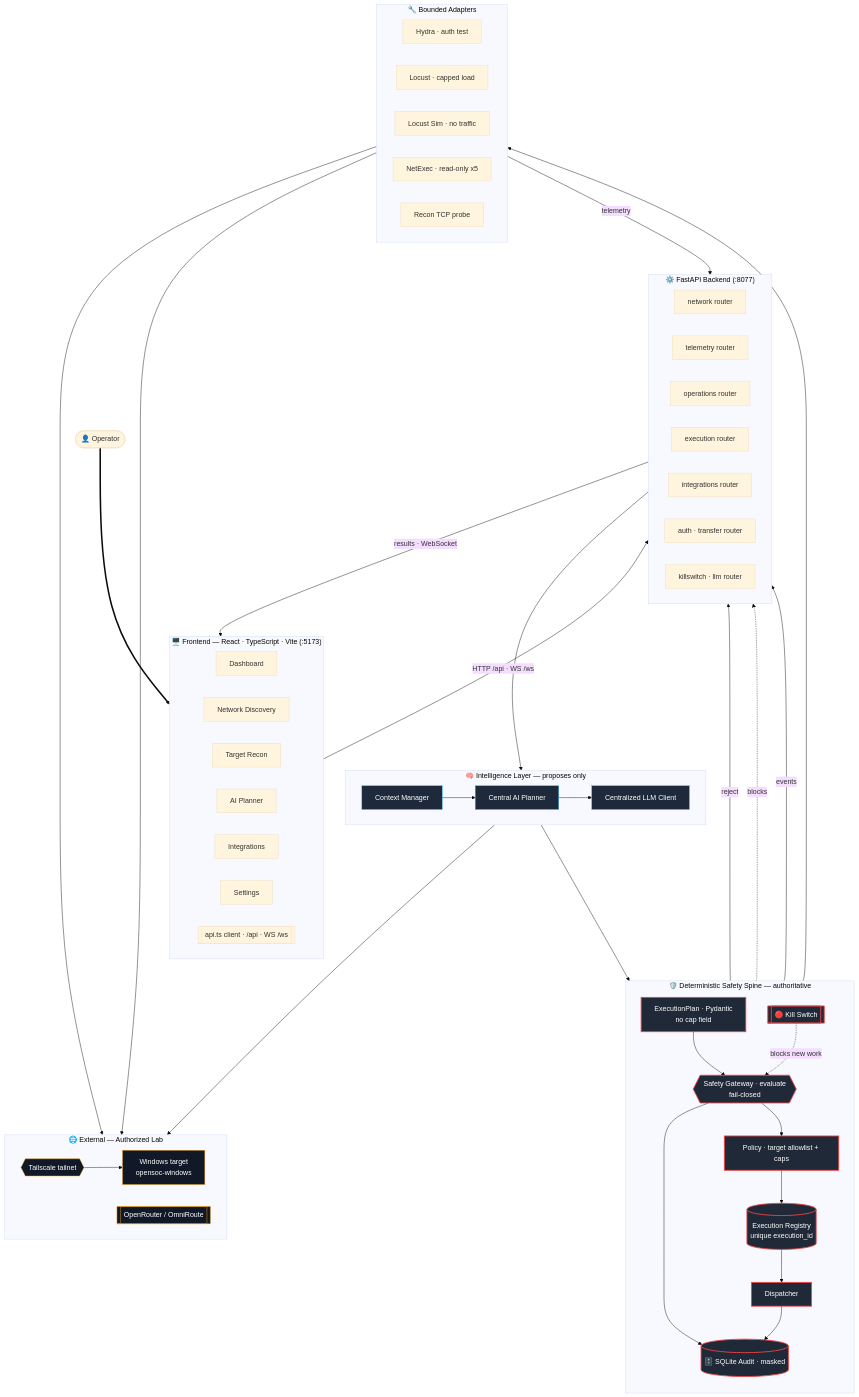
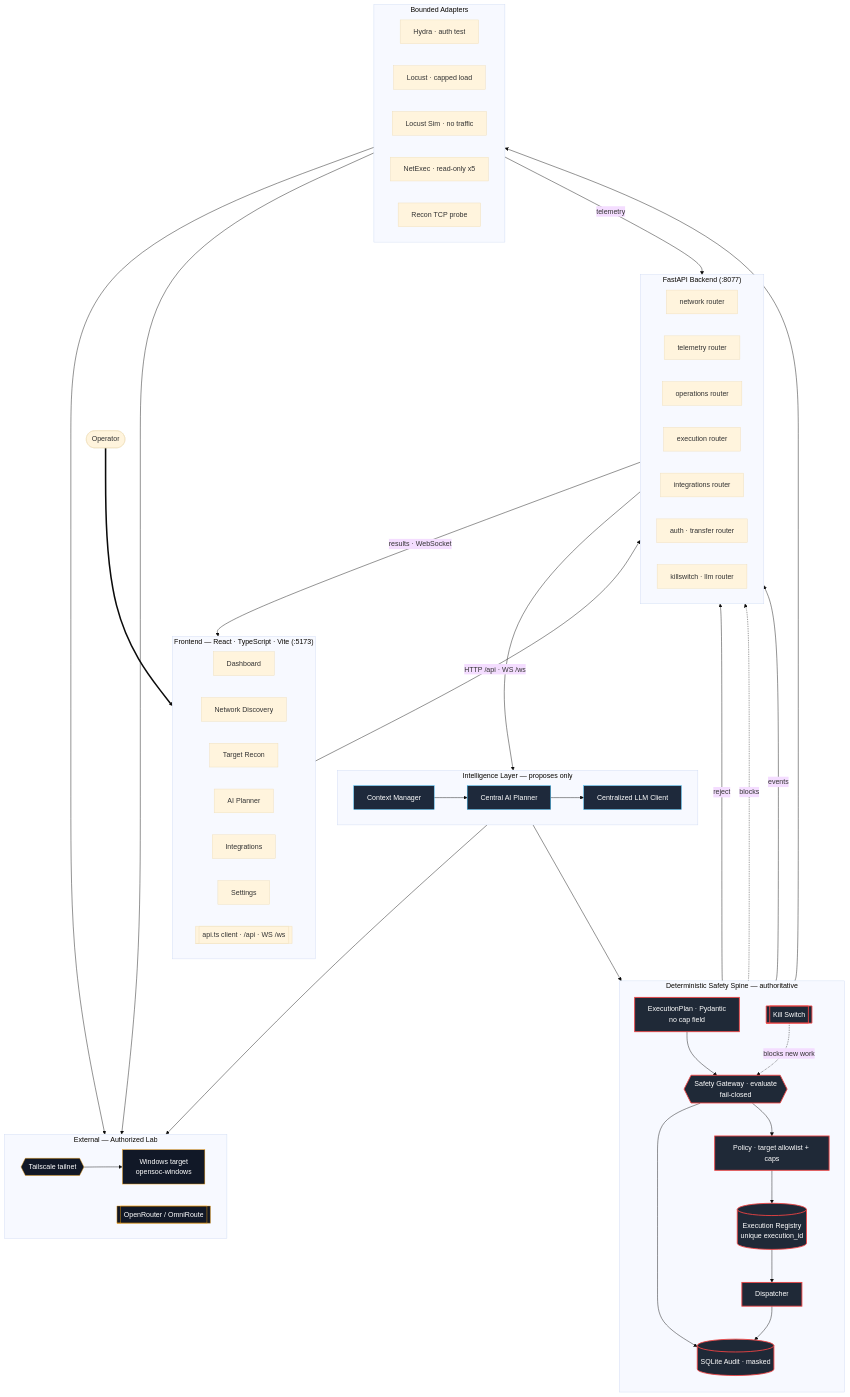
Before and after one commit to Satya37x1112/red-team-chakravyuh: the diagram in README.md, drawn with Mermaid (base theme). The commit also changed other lines of this file, not shown here.

First line of the commit message:
docs(readme): remove all diagram icons; add request lifecycle, execution-state, and design-principle sections

````diff
--- a/README.md
+++ b/README.md
@@ -27,8 +27,8 @@
 ```mermaid
 flowchart TB
-  Operator([👤 Operator])
+  Operator([Operator])
 
-  subgraph FE["🖥️  Frontend — React · TypeScript · Vite (:5173)"]
+  subgraph FE["Frontend — React · TypeScript · Vite (:5173)"]
     direction LR
     DASH[Dashboard]
     DISCO[Network Discovery]
@@ -39,7 +39,7 @@
     APIC[[api.ts client · /api · WS /ws]]
   end
 
-  subgraph API["⚙️  FastAPI Backend (:8077)"]
+  subgraph API["FastAPI Backend (:8077)"]
     direction LR
     RNET[network router]
     RTEL[telemetry router]
@@ -50,25 +50,25 @@
     RSAFE[killswitch · llm router]
   end
 
-  subgraph AIL["🧠  Intelligence Layer — proposes only"]
+  subgraph AIL["Intelligence Layer — proposes only"]
     direction LR
     CTX[Context Manager]
     PLANNER[Central AI Planner]
     LLMC[Centralized LLM Client]
   end
 
-  subgraph SPINE["🛡️  Deterministic Safety Spine — authoritative"]
+  subgraph SPINE["Deterministic Safety Spine — authoritative"]
     direction TB
     EP[ExecutionPlan · Pydantic<br/>no cap field]
     GW{{Safety Gateway · evaluate<br/>fail-closed}}
     POL[Policy · target allowlist + caps]
     REG[(Execution Registry<br/>unique execution_id)]
     DIS[Dispatcher]
-    KS[[🔴 Kill Switch]]
-    AUD[(🗄️ SQLite Audit · masked)]
+    KS[[Kill Switch]]
+    AUD[(SQLite Audit · masked)]
   end
 
-  subgraph ADP["🔧  Bounded Adapters"]
+  subgraph ADP["Bounded Adapters"]
     direction LR
     HY[Hydra · auth test]
     LO[Locust · capped load]
@@ -77,7 +77,7 @@
     PRB[Recon TCP probe]
   end
 
-  subgraph EXT["🌐  External — Authorized Lab"]
+  subgraph EXT["External — Authorized Lab"]
     direction LR
     TS{{Tailscale tailnet}}
     WIN[Windows target<br/>opensoc-windows]
````
